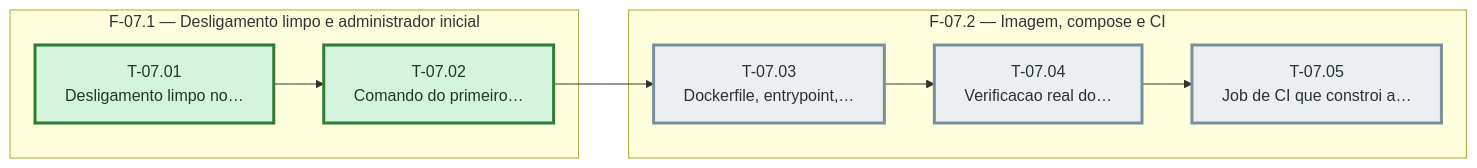
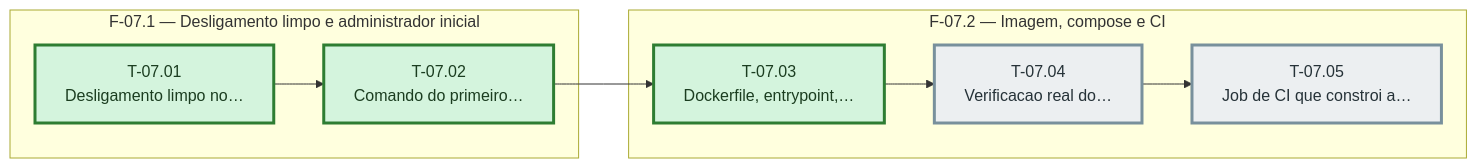
Before and after one commit to bittencourtthulio/converse-chatbot: the diagram in docs/operacao-e-backup/sprint-07/fases.md, drawn with Mermaid. The commit also changed other lines of this file and 6 other files, not shown here.

````diff
--- a/docs/operacao-e-backup/sprint-07/fases.md
+++ b/docs/operacao-e-backup/sprint-07/fases.md
@@ -31,30 +31,30 @@
 ```mermaid
 %% Grafo de tasks — sprint-07 — gerado pela sprintx a partir de tasks.md
 flowchart LR
   subgraph fase_07_1["F-07.1 — Desligamento limpo e administrador inicial"]
     T_07_01["T-07.01<br/>Desligamento limpo no…"]
     T_07_02["T-07.02<br/>Comando do primeiro…"]
   end
   subgraph fase_07_2["F-07.2 — Imagem, compose e CI"]
     T_07_03["T-07.03<br/>Dockerfile, entrypoint,…"]
     T_07_04["T-07.04<br/>Verificacao real do…"]
     T_07_05["T-07.05<br/>Job de CI que constroi a…"]
   end
   T_07_01 --> T_07_02
   T_07_02 --> T_07_03
   T_07_03 --> T_07_04
   T_07_04 --> T_07_05
 
   classDef concluida fill:#d4f4dd,stroke:#2e7d32,color:#1b3d20
   classDef andamento fill:#fff3cd,stroke:#b8860b,color:#4a3800
   classDef bloqueada fill:#f8d7da,stroke:#c62828,color:#4a1d1f
   classDef pendente  fill:#eceff1,stroke:#78909c,color:#263238
   classDef critico   stroke-width:3px
 
   class T_07_01 concluida
   class T_07_02 concluida
-  class T_07_03 pendente
+  class T_07_03 concluida
   class T_07_04 pendente
   class T_07_05 pendente
   class T_07_05,T_07_04,T_07_03,T_07_02,T_07_01 critico
 ```
````
